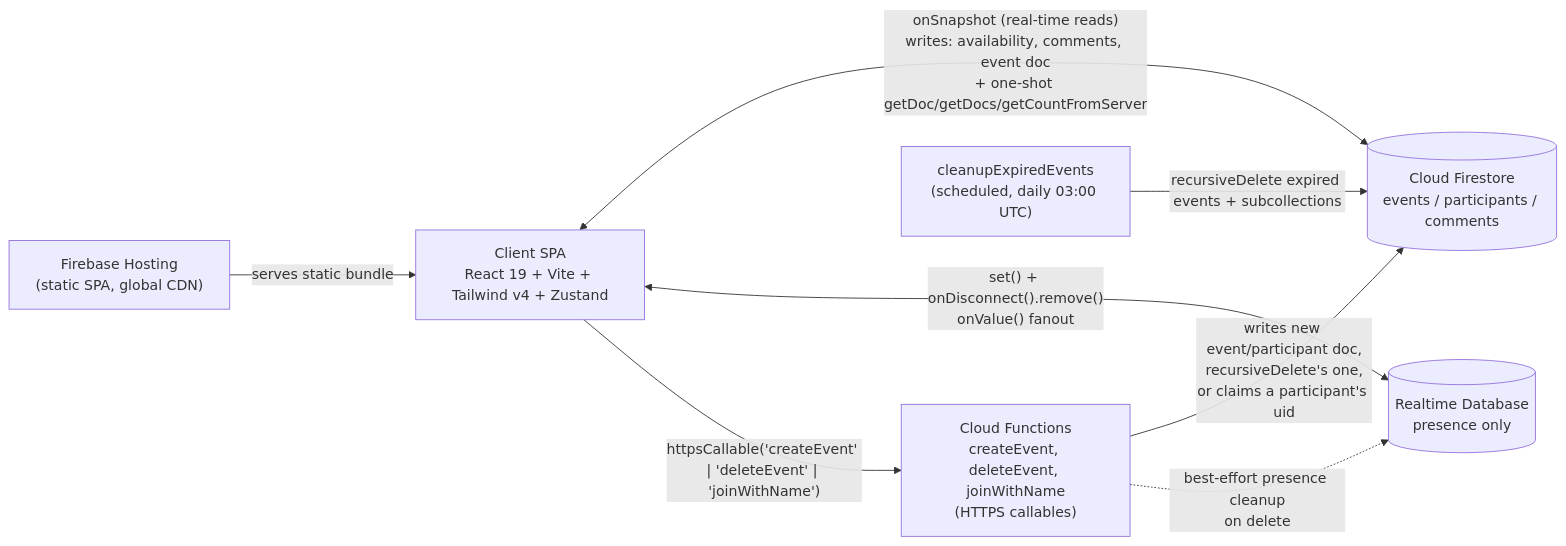
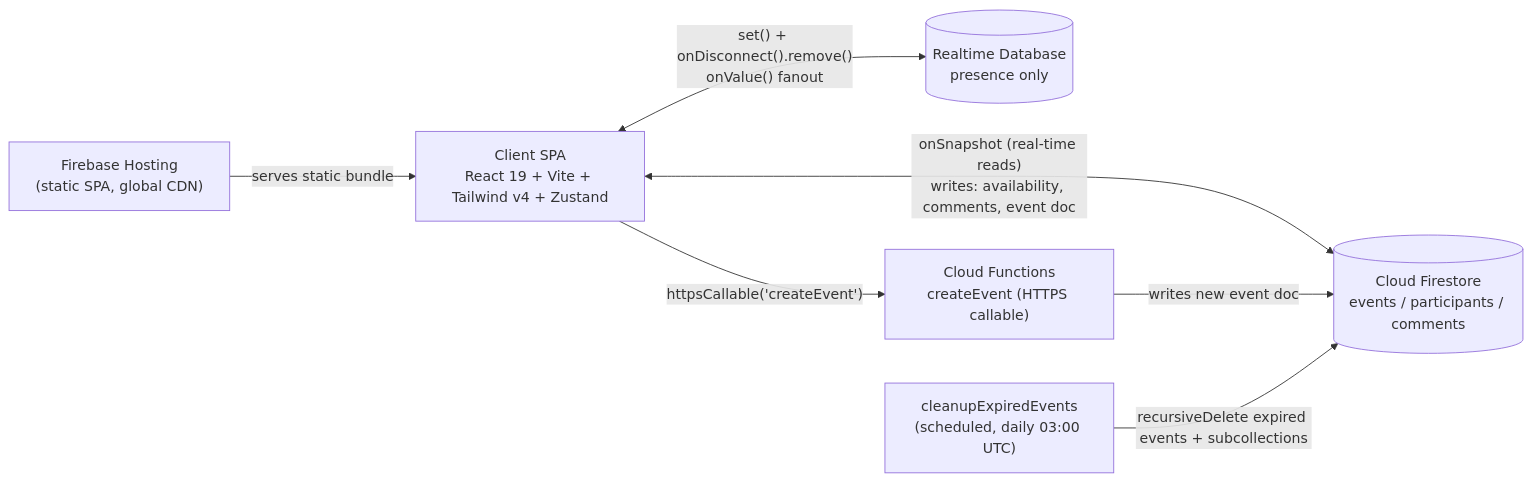
Before and after one commit to chlgustjr41/schedule2gather: the first of 2 diagrams in docs/architecture.md, drawn with Mermaid. The commit also changed other lines of this file and 35 other files, not shown here.

Commit message:
Revert "v1.3 + v1.4: landing, dashboard, claim-or-create join with passcodes, session management"

````diff
--- a/docs/architecture.md
+++ b/docs/architecture.md
@@ -22,17 +15,16 @@
 ```mermaid
 flowchart LR
   Client["Client SPA<br/>React 19 + Vite + Tailwind v4 + Zustand"]
   Hosting["Firebase Hosting<br/>(static SPA, global CDN)"]
   Firestore[("Cloud Firestore<br/>events / participants / comments")]
   RTDB[("Realtime Database<br/>presence only")]
-  Functions["Cloud Functions<br/>createEvent, deleteEvent, joinWithName<br/>(HTTPS callables)"]
+  Functions["Cloud Functions<br/>createEvent (HTTPS callable)"]
   Scheduler["cleanupExpiredEvents<br/>(scheduled, daily 03:00 UTC)"]
 
   Hosting -- "serves static bundle" --> Client
-  Client <-- "onSnapshot (real-time reads)<br/>writes: availability, comments, event doc<br/>+ one-shot getDoc/getDocs/getCountFromServer" --> Firestore
+  Client <-- "onSnapshot (real-time reads)<br/>writes: availability, comments, event doc" --> Firestore
   Client <-- "set() + onDisconnect().remove()<br/>onValue() fanout" --> RTDB
-  Client -- "httpsCallable('createEvent' | 'deleteEvent' | 'joinWithName')" --> Functions
-  Functions -- "writes new event/participant doc,<br/>recursiveDelete's one,<br/>or claims a participant's uid" --> Firestore
-  Functions -. "best-effort presence cleanup<br/>on delete" .-> RTDB
+  Client -- "httpsCallable('createEvent')" --> Functions
+  Functions -- "writes new event doc" --> Firestore
   Scheduler -- "recursiveDelete expired events + subcollections" --> Firestore
 ```
````
